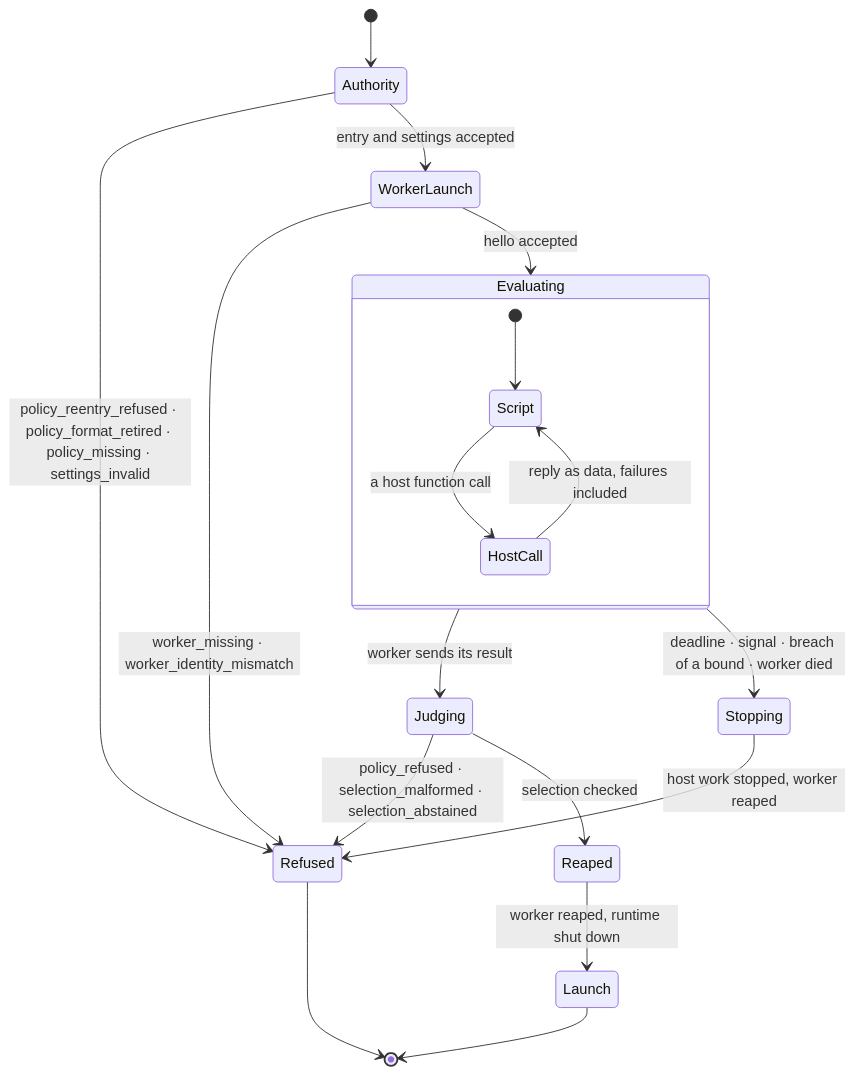
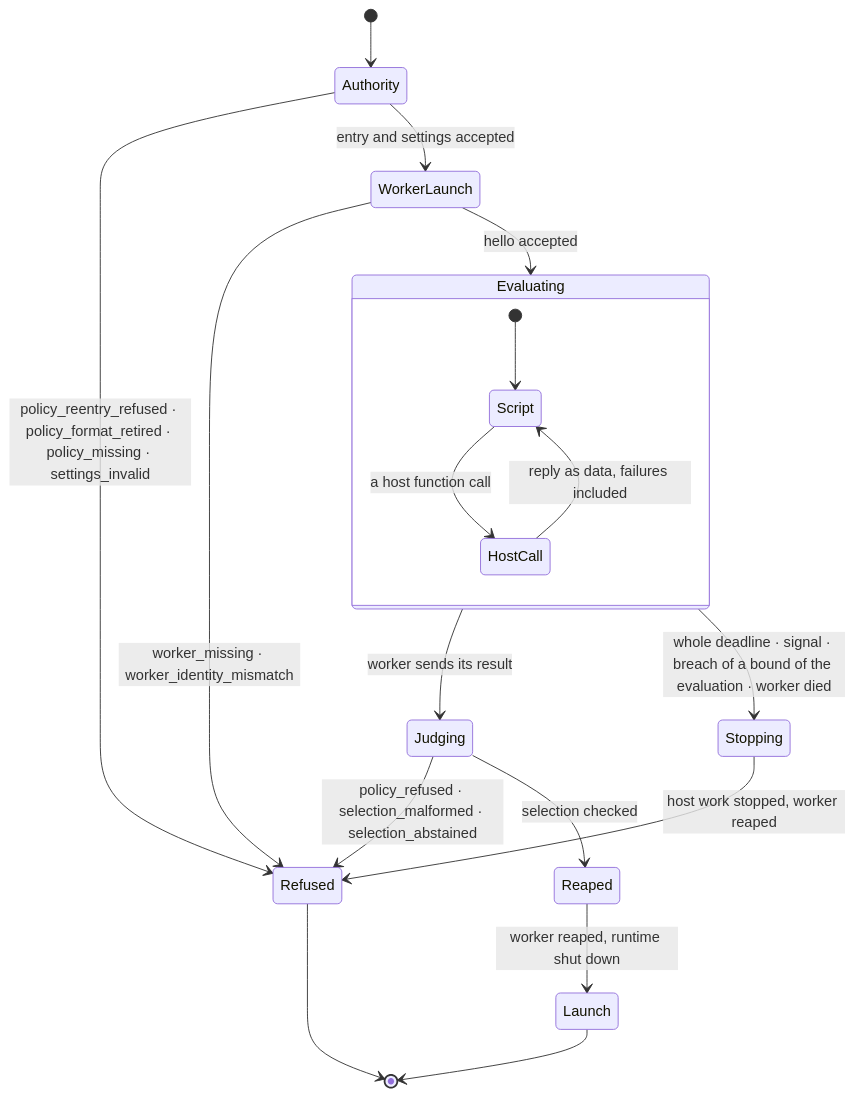
One commit to Linkuistics/Ravel changed the diagram in docs/design/rhai-policy/evaluation-states.mmd. Above: the diagram before and after it, drawn with Mermaid. The commit also changed 7 other files, not shown here.

```diff
--- a/docs/design/rhai-policy/evaluation-states.mmd
+++ b/docs/design/rhai-policy/evaluation-states.mmd
@@ -1,19 +1,19 @@
 stateDiagram-v2
   [*] --> Authority
   Authority --> Refused: policy_reentry_refused · policy_format_retired · policy_missing · settings_invalid
   Authority --> WorkerLaunch: entry and settings accepted
   WorkerLaunch --> Refused: worker_missing · worker_identity_mismatch
   WorkerLaunch --> Evaluating: hello accepted
   state Evaluating {
     [*] --> Script
     Script --> HostCall: a host function call
     HostCall --> Script: reply as data, failures included
   }
   Evaluating --> Judging: worker sends its result
-  Evaluating --> Stopping: deadline · signal · breach of a bound · worker died
+  Evaluating --> Stopping: whole deadline · signal · breach of a bound of the evaluation · worker died
   Stopping --> Refused: host work stopped, worker reaped
   Judging --> Refused: policy_refused · selection_malformed · selection_abstained
   Judging --> Reaped: selection checked
   Reaped --> Launch: worker reaped, runtime shut down
   Launch --> [*]
   Refused --> [*]
```
